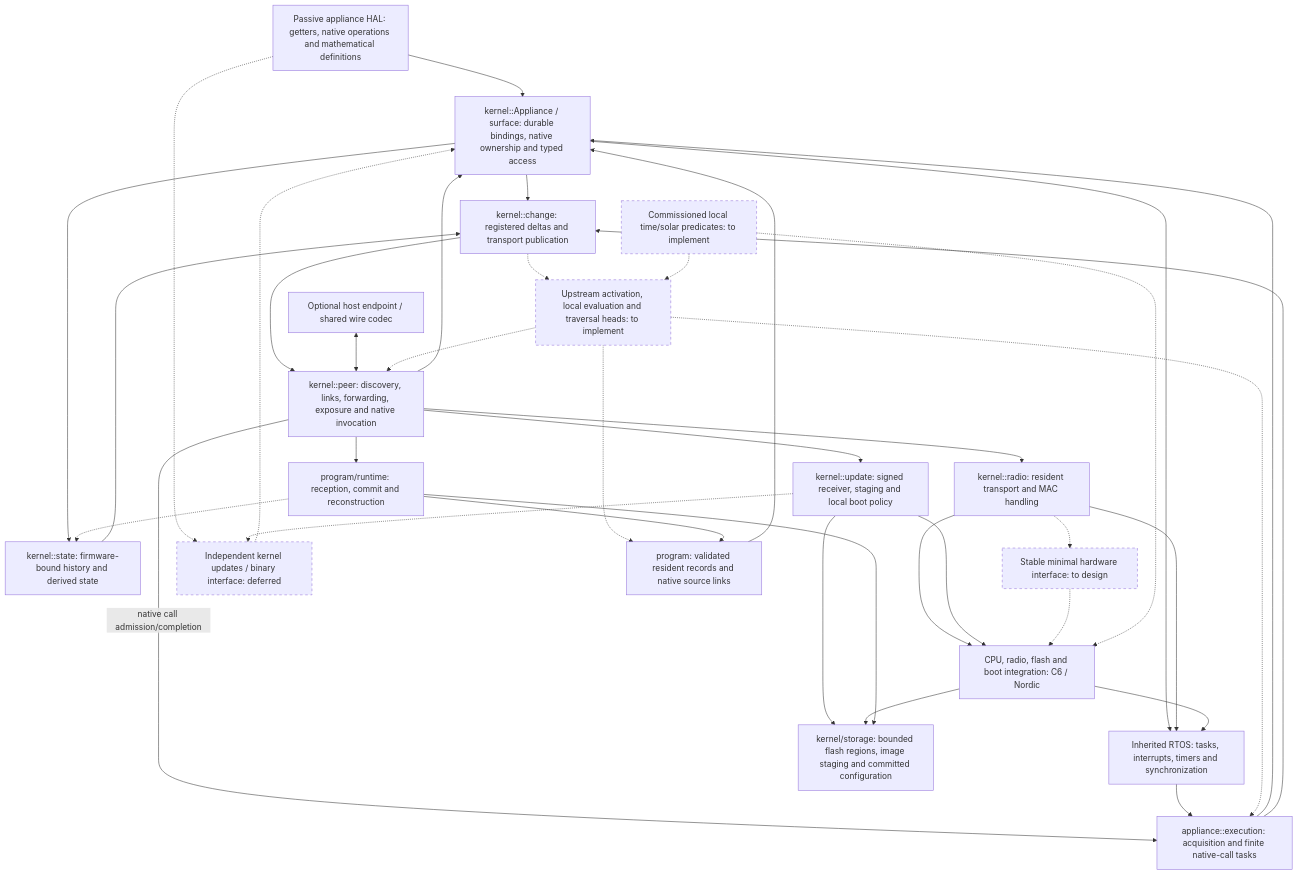
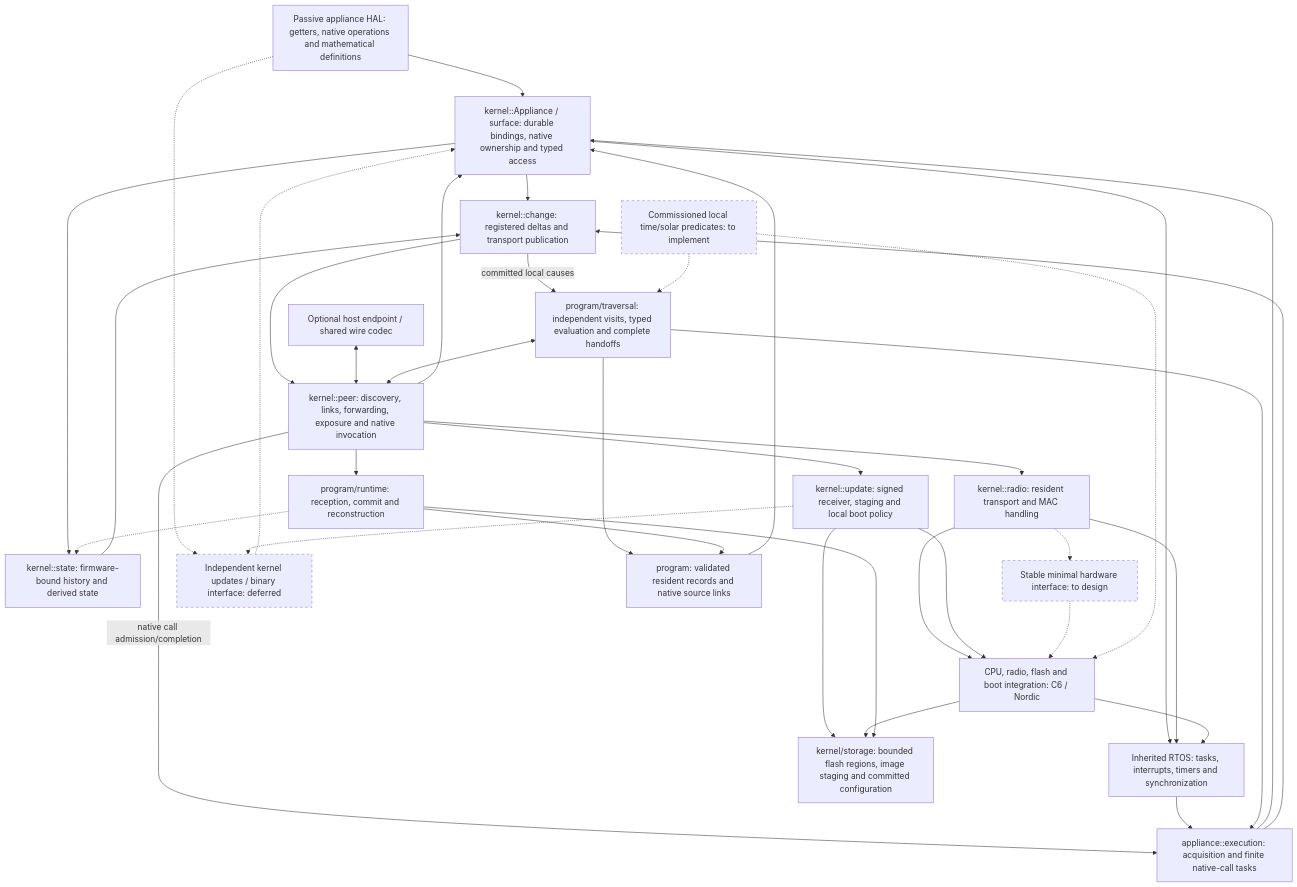
The diagram in docs/KERNEL_DIRECTION.md (zacharytomlinson/lattice-vertex), drawn with Mermaid before and after one commit. The commit also changed other lines of this file and 23 other files, not shown here.

````diff
--- a/docs/KERNEL_DIRECTION.md
+++ b/docs/KERNEL_DIRECTION.md
@@ -40,61 +40,61 @@
 ```mermaid
 flowchart TB
     firmware["Passive appliance HAL: getters, native operations and mathematical definitions"]
     appliance["kernel::Appliance / surface: durable bindings, native ownership and typed access"]
     observation["kernel::change: registered deltas and transport publication"]
     history["kernel::state: firmware-bound history and derived state"]
     peer["kernel::peer: discovery, links, forwarding, exposure and native invocation"]
     transport["kernel::radio: resident transport and MAC handling"]
     ports["CPU, radio, flash and boot integration: C6 / Nordic"]
     rtos["Inherited RTOS: tasks, interrupts, timers and synchronization"]
     host["Optional host endpoint / shared wire codec"]
     update["kernel::update: signed receiver, staging and local boot policy"]
     storage["kernel/storage: bounded flash regions, image staging and committed configuration"]
     adapters["Stable minimal hardware interface: to design"]
     abi["Independent kernel updates / binary interface: deferred"]
     monitor["appliance::execution: acquisition and finite native-call tasks"]
     programs["program: validated resident records and native source links"]
-    traversal["Upstream activation, local evaluation and traversal heads: to implement"]
+    traversal["program/traversal: independent visits, typed evaluation and complete handoffs"]
     installer["program/runtime: reception, commit and reconstruction"]
     time["Commissioned local time/solar predicates: to implement"]
 
     firmware --> appliance
     firmware -.-> abi
     abi -.-> appliance
     appliance --> observation
     appliance --> history
     history --> observation
     observation --> peer
     peer --> appliance
     peer -->|native call admission/completion| monitor
     peer --> transport
     transport --> ports
     appliance --> rtos
     transport --> rtos
     ports --> rtos
     host <--> peer
     peer --> update
     update --> ports
     update --> storage
     ports --> storage
     update -.-> abi
     transport -.-> adapters
     adapters -.-> ports
     rtos --> monitor
     monitor --> appliance
     monitor --> observation
     peer --> installer
-    observation -.-> traversal
+    observation -->|committed local causes| traversal
     programs --> appliance
-    traversal -.-> programs
-    traversal -.-> peer
-    traversal -.-> monitor
+    traversal --> programs
+    traversal <--> peer
+    traversal --> monitor
     installer --> programs
     installer -.-> history
     installer --> storage
     time -.-> traversal
     time -.-> ports
 
     classDef planned stroke-dasharray: 5 5;
-    class adapters,abi,traversal,time planned;
+    class adapters,abi,time planned;
 ```
````
